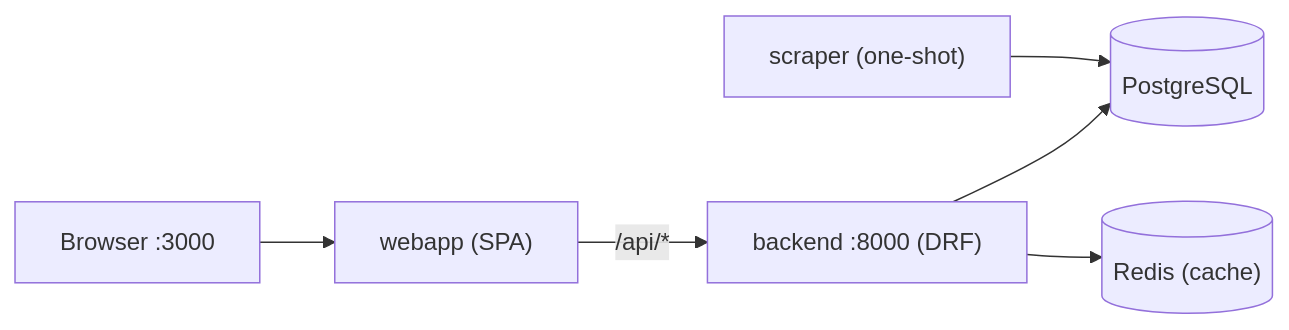
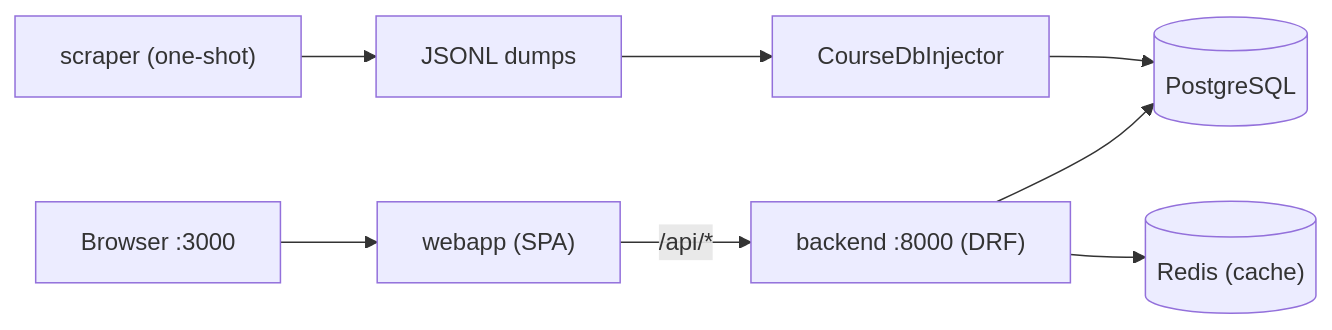
Before and after one commit to ukma-cs-ssdm-2025/rate-ukma: the diagram in docs/onboarding.md, drawn with Mermaid. The commit also changed other lines of this file, not shown here.

Commit message:
docs(#102): fix validator findings (paths, loaders, seeds, diagram, markers, redis)

````diff
--- a/docs/onboarding.md
+++ b/docs/onboarding.md
@@ -19,8 +18,9 @@
 ```mermaid
 flowchart LR
     Browser["Browser :3000"] --> Webapp["webapp (SPA)"]
     Webapp -->|"/api/*"| Backend["backend :8000 (DRF)"]
     Backend --> PG[("PostgreSQL")]
     Backend --> Redis[("Redis (cache)")]
-    Scraper["scraper (one-shot)"] --> PG
+    Scraper["scraper (one-shot)"] --> JSONL["JSONL dumps"]
+    JSONL --> Injector["CourseDbInjector"] --> PG
 ```
````
